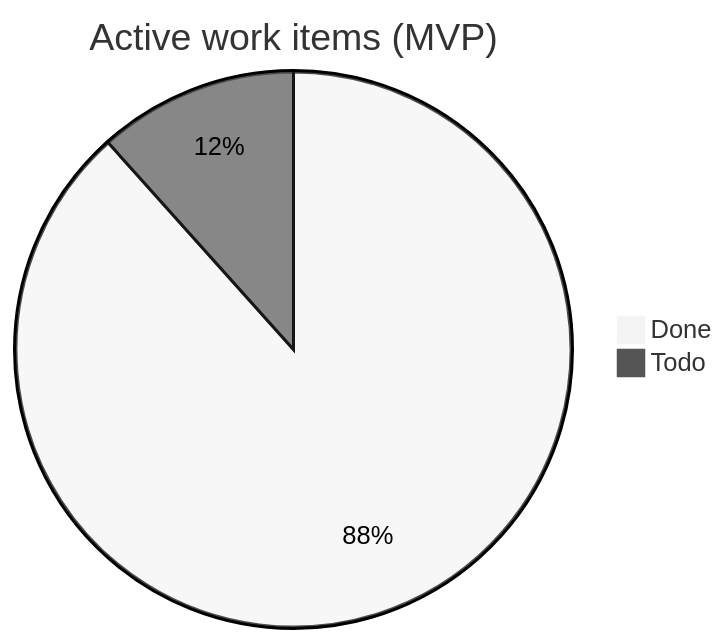
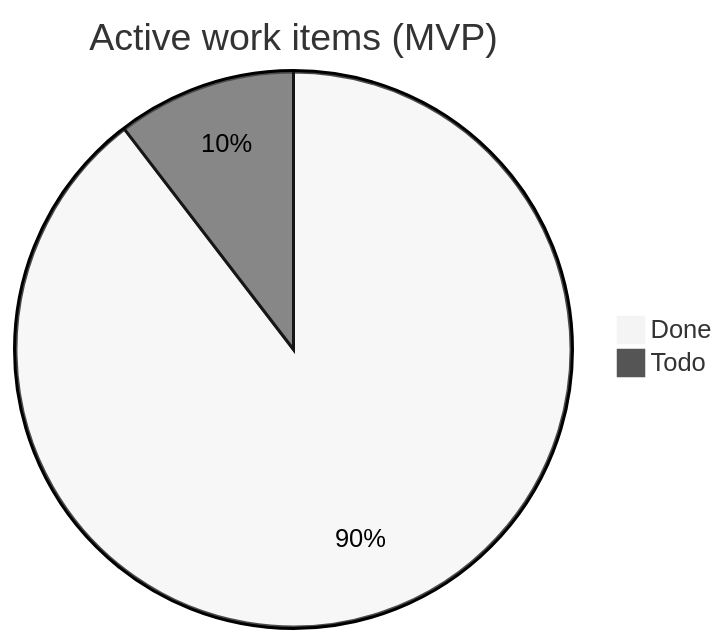
One commit to DOGE-Complaints/doge-complaints-gateway changed the diagram in docs/tasks/gateway-mvp-dashboard.md. Above: the diagram before and after it, drawn with Mermaid (neutral theme). The commit also changed other lines of this file and 1231 other files, not shown here.

````diff
--- a/docs/tasks/gateway-mvp-dashboard.md
+++ b/docs/tasks/gateway-mvp-dashboard.md
@@ -134,5 +140,5 @@
 ```mermaid
 pie title Active work items (MVP)
-    "Done" : 38
+    "Done" : 43
     "Todo" : 5
 ```
````
